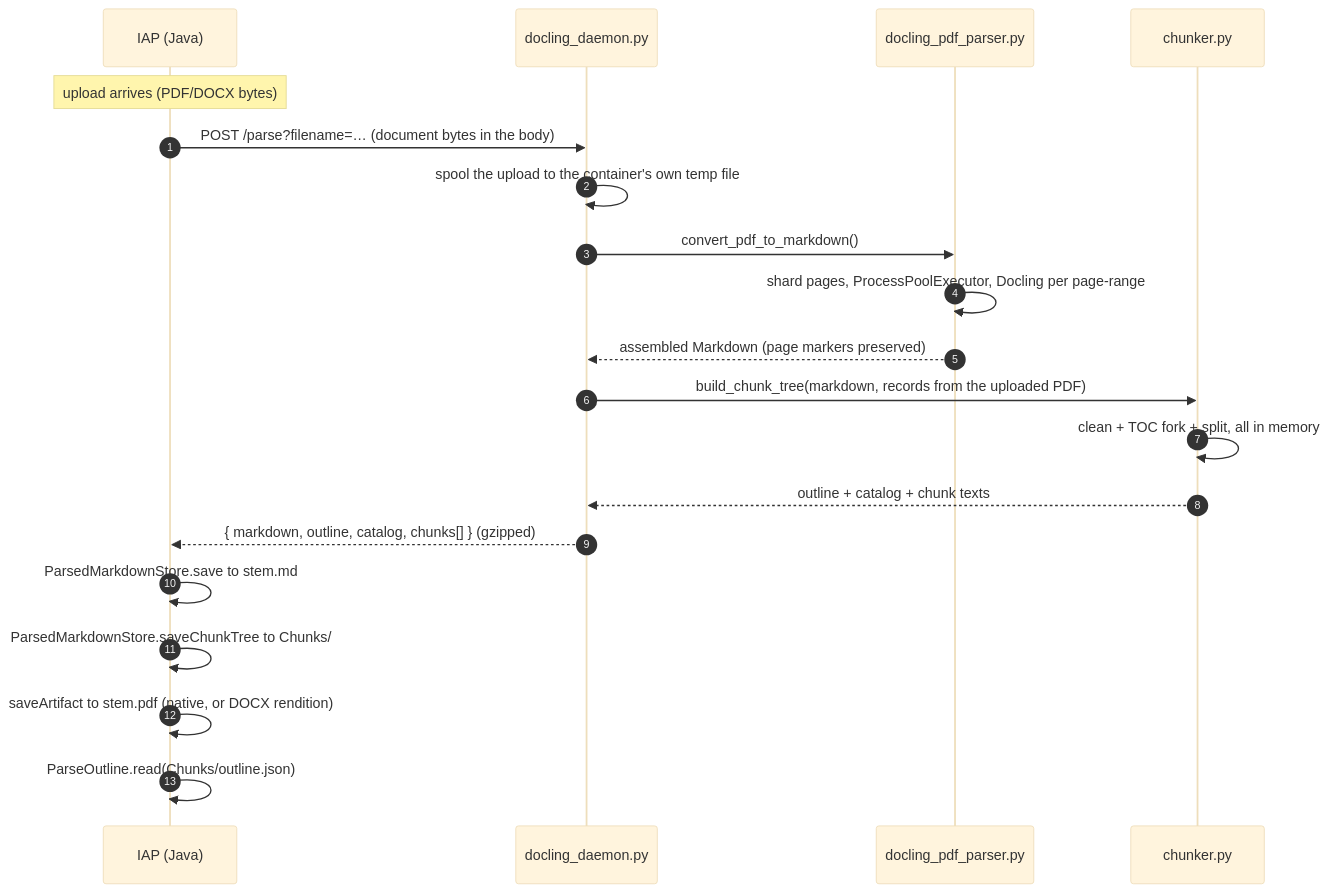
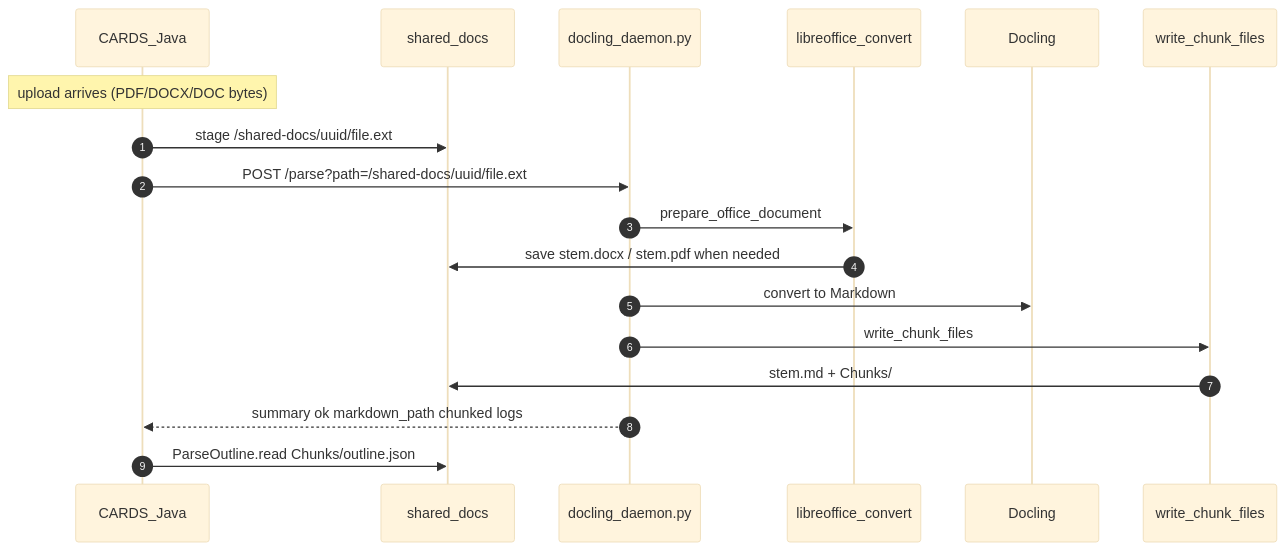
One commit to data-team-uhn/cards changed the second of 3 diagrams in Utilities/Parsing/prompts/PARSING_PIPELINE.md. Above: the diagram before and after it, drawn with Mermaid (base theme). The commit also changed other lines of this file and 22 other files, not shown here.

First line of the commit message:
[parsing] Let Python write parse artifacts on shared docs

````diff
--- a/Utilities/Parsing/prompts/PARSING_PIPELINE.md
+++ b/Utilities/Parsing/prompts/PARSING_PIPELINE.md
@@ -68,23 +60,21 @@
 ```mermaid
 sequenceDiagram
     autonumber
-    participant J as IAP (Java)
+    participant J as CARDS_Java
+    participant FS as shared_docs
     participant D as docling_daemon.py
-    participant P as docling_pdf_parser.py
-    participant C as chunker.py
+    participant LO as libreoffice_convert
+    participant P as Docling
+    participant W as write_chunk_files
 
-    Note over J: upload arrives (PDF/DOCX bytes)
-    J->>D: POST /parse?filename=… (document bytes in the body)
-    D->>D: spool the upload to the container's own temp file
-    D->>P: convert_pdf_to_markdown()
-    P->>P: shard pages, ProcessPoolExecutor, Docling per page-range
-    P-->>D: assembled Markdown (page markers preserved)
-    D->>C: build_chunk_tree(markdown, records from the uploaded PDF)
-    C->>C: clean + TOC fork + split, all in memory
-    C-->>D: outline + catalog + chunk texts
-    D-->>J: { markdown, outline, catalog, chunks[] }  (gzipped)
-    J->>J: ParsedMarkdownStore.save to stem.md
-    J->>J: ParsedMarkdownStore.saveChunkTree to Chunks/
-    J->>J: saveArtifact to stem.pdf (native, or DOCX rendition)
-    J->>J: ParseOutline.read(Chunks/outline.json)
+    Note over J: upload arrives (PDF/DOCX/DOC bytes)
+    J->>FS: stage /shared-docs/uuid/file.ext
+    J->>D: POST /parse?path=/shared-docs/uuid/file.ext
+    D->>LO: prepare_office_document
+    LO->>FS: save stem.docx / stem.pdf when needed
+    D->>P: convert to Markdown
+    D->>W: write_chunk_files
+    W->>FS: stem.md + Chunks/
+    D-->>J: summary ok markdown_path chunked logs
+    J->>FS: ParseOutline.read Chunks/outline.json
 ```
````
